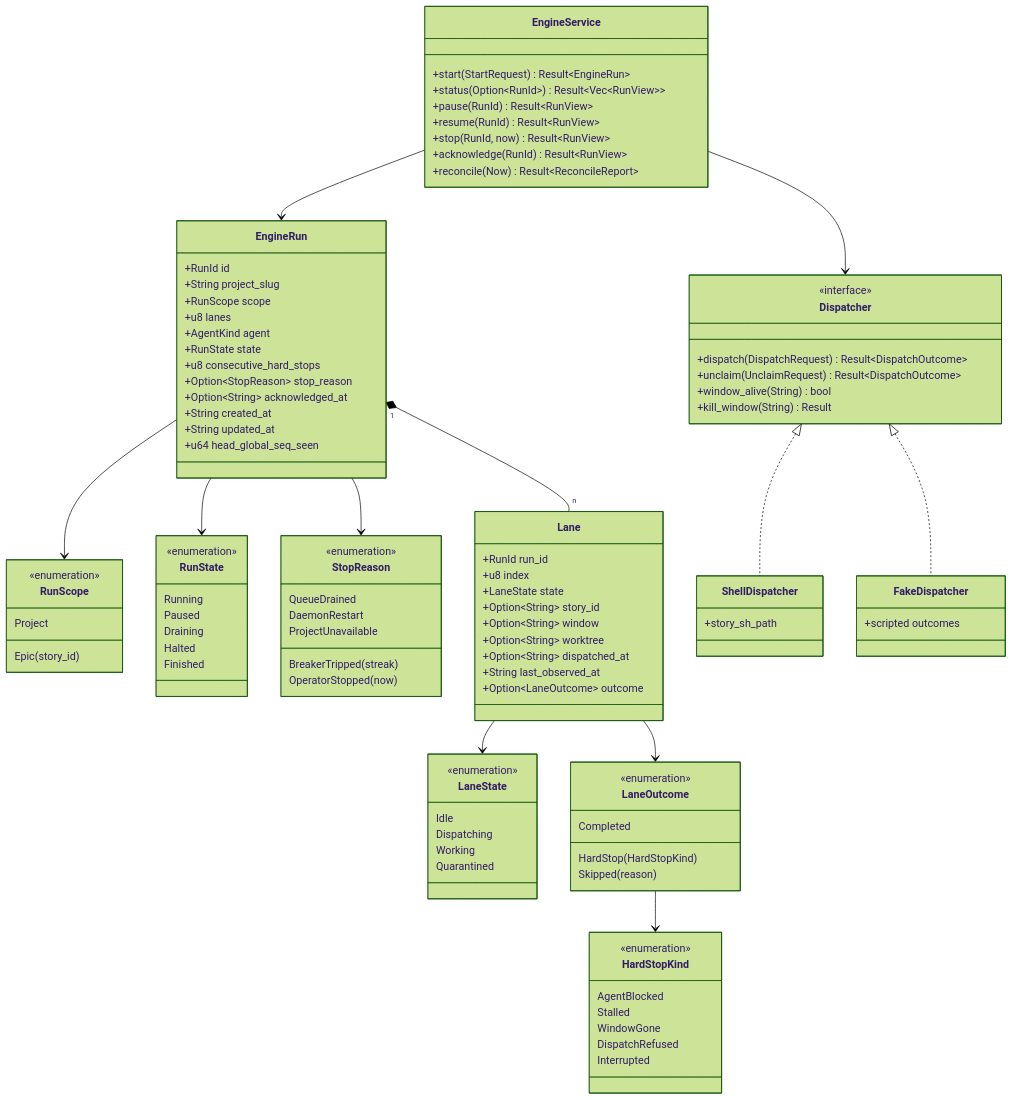
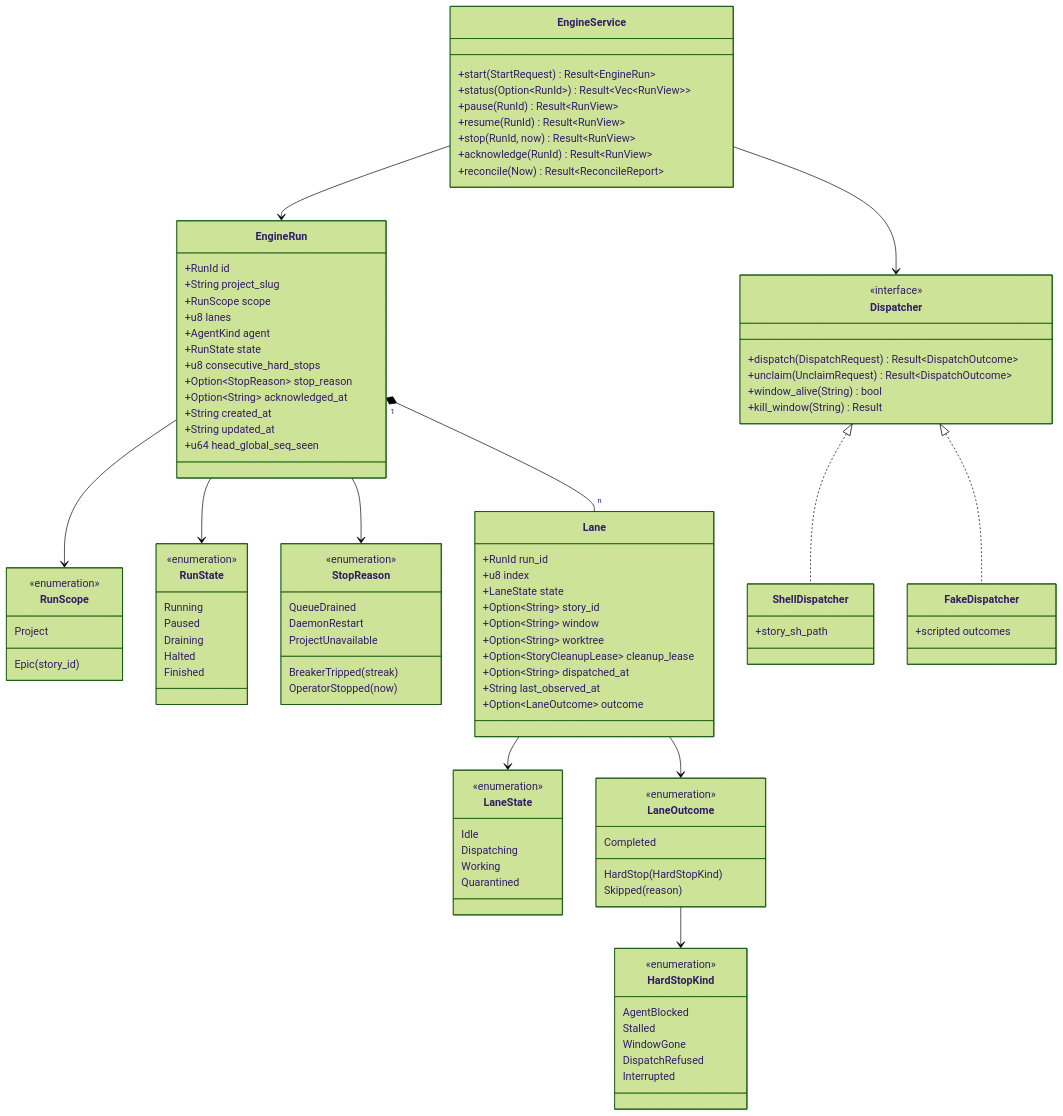
Before and after one commit to mikeydotio/storyhook: the second of 4 diagrams in docs/spec/full-auto-engine.md, drawn with Mermaid (forest theme). The commit also changed other lines of this file and 22 other files, not shown here.

```diff
--- a/docs/spec/full-auto-engine.md
+++ b/docs/spec/full-auto-engine.md
@@ -168,6 +168,7 @@
         +Option~String~ story_id
         +Option~String~ window
         +Option~String~ worktree
+        +Option~StoryCleanupLease~ cleanup_lease
         +Option~String~ dispatched_at
         +String last_observed_at
         +Option~LaneOutcome~ outcome
```
